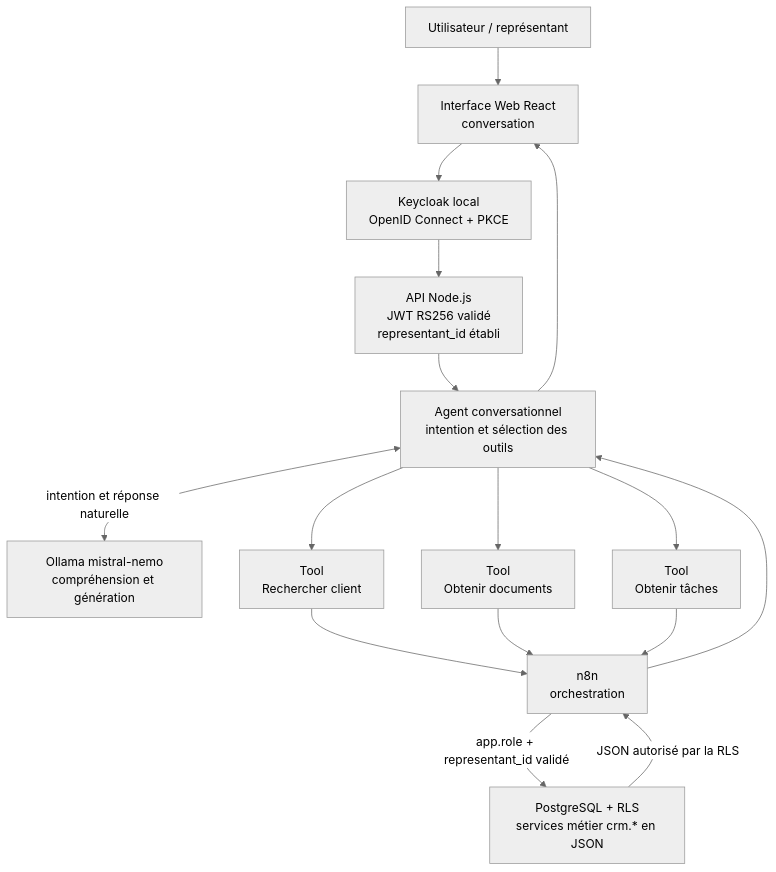
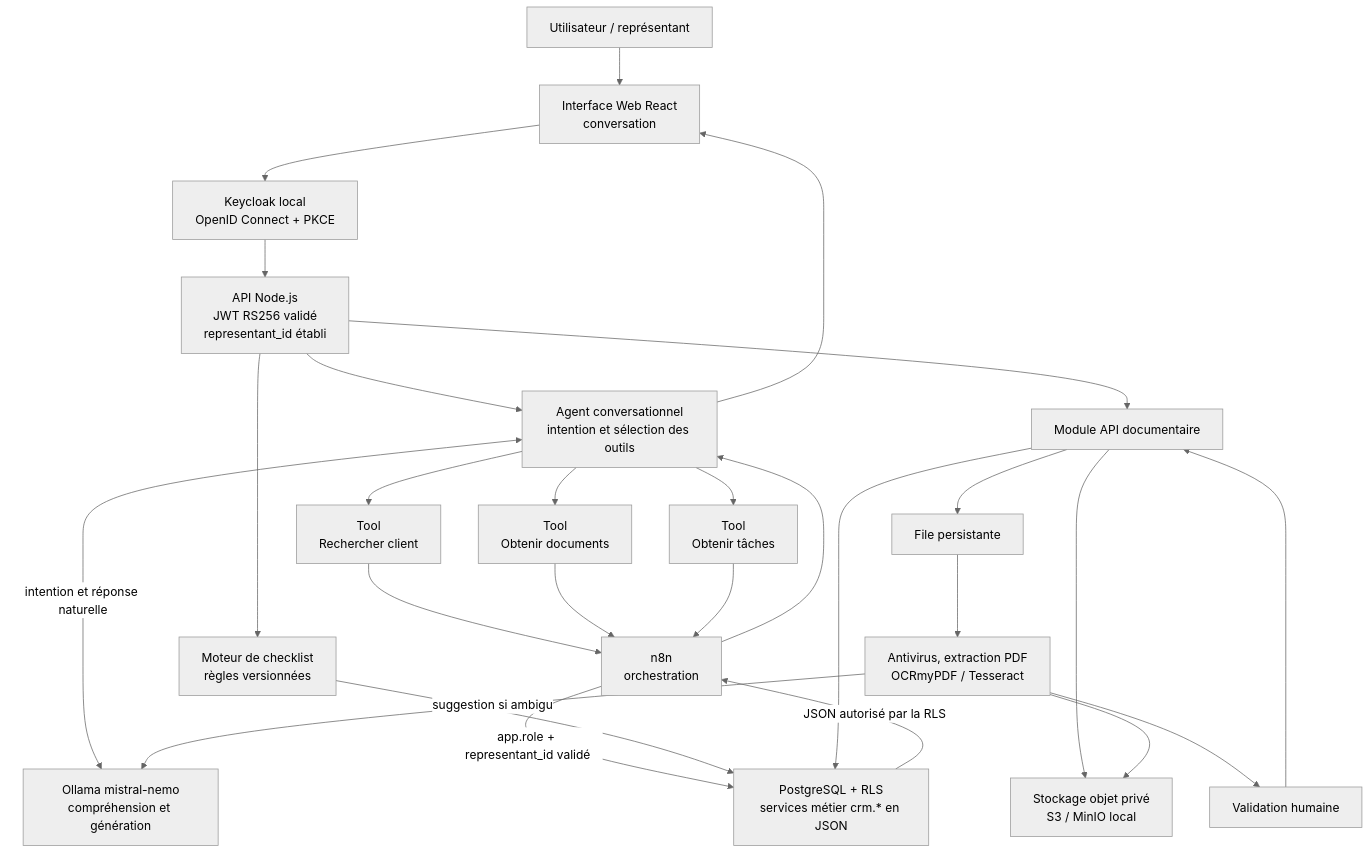
Before and after one commit to souhak00/transcription-api: the eighth of 19 diagrams in ARCHITECTURE.md, drawn with Mermaid (neutral theme). The commit also changed other lines of this file and 34 other files, not shown here.

````diff
--- a/ARCHITECTURE.md
+++ b/ARCHITECTURE.md
@@ -356,26 +393,38 @@
 ```mermaid
 flowchart TD
     User["Utilisateur / représentant"]
     Web["Interface Web React<br/>conversation"]
     Auth["Keycloak local<br/>OpenID Connect + PKCE"]
     Identity["API Node.js<br/>JWT RS256 validé<br/>representant_id établi"]
     Agent["Agent conversationnel<br/>intention et sélection des outils"]
     Ollama["Ollama mistral-nemo<br/>compréhension et génération"]
     Search["Tool<br/>Rechercher client"]
     Documents["Tool<br/>Obtenir documents"]
     Tasks["Tool<br/>Obtenir tâches"]
     N8N["n8n<br/>orchestration"]
     PG["PostgreSQL + RLS<br/>services métier crm.* en JSON"]
+    Rules["Moteur de checklist<br/>règles versionnées"]
+    DocApi["Module API documentaire"]
+    Queue["File persistante"]
+    Worker["Antivirus, extraction PDF<br/>OCRmyPDF / Tesseract"]
+    Objects["Stockage objet privé<br/>S3 / MinIO local"]
+    Review["Validation humaine"]
 
     User --> Web --> Auth --> Identity --> Agent
     Agent <-->|"intention et réponse naturelle"| Ollama
     Agent --> Search
     Agent --> Documents
     Agent --> Tasks
     Search --> N8N
     Documents --> N8N
     Tasks --> N8N
     N8N -->|"app.role + representant_id validé"| PG
     PG -->|"JSON autorisé par la RLS"| N8N
     N8N --> Agent --> Web
+    Identity --> Rules --> PG
+    Identity --> DocApi --> Queue --> Worker
+    DocApi --> Objects
+    Worker --> Objects
+    Worker -->|"suggestion si ambigu"| Ollama
+    Worker --> Review --> DocApi --> PG
 ```
````
